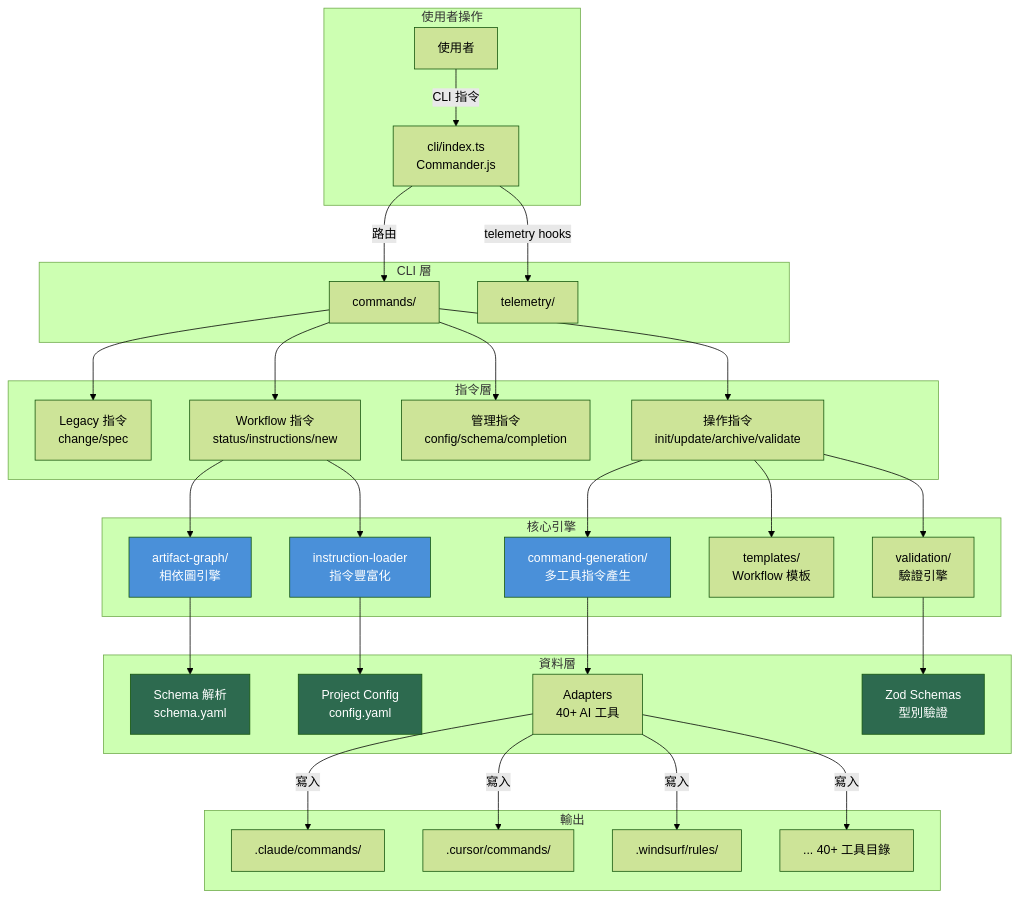
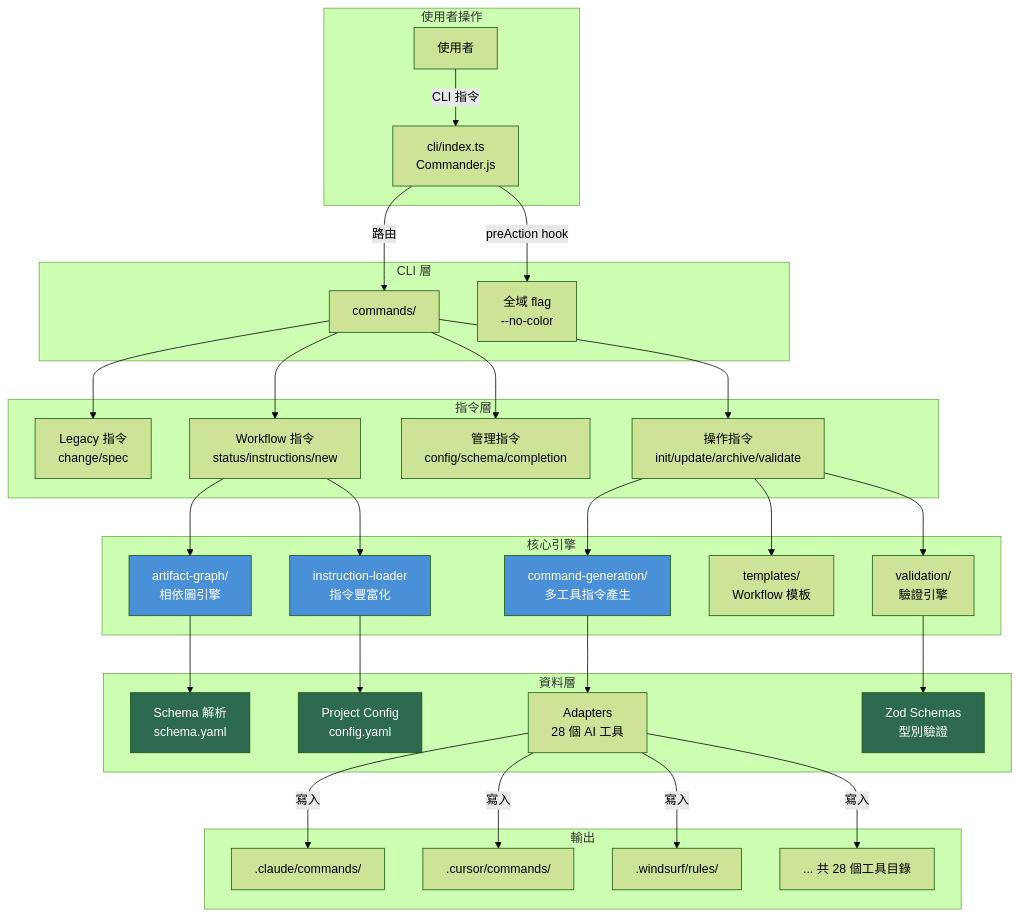
One commit to seanmars/OpenSpec changed the first of 12 diagrams in report.md. Above: the diagram before and after it, drawn with Mermaid (forest theme). The commit also changed other lines of this file and 1 other file, not shown here.

````diff
--- a/report.md
+++ b/report.md
@@ -257,47 +257,47 @@
 ```mermaid
 graph TB
     subgraph "使用者操作"
         U[使用者] -->|CLI 指令| CLI
     end
 
     subgraph "CLI 層"
         CLI[cli/index.ts<br/>Commander.js] -->|路由| CMD[commands/]
-        CLI -->|telemetry hooks| TEL[telemetry/]
+        CLI -->|preAction hook| FLAGS[全域 flag<br/>--no-color]
     end
 
     subgraph "指令層"
         CMD --> LEGACY[Legacy 指令<br/>change/spec]
         CMD --> WORKFLOW[Workflow 指令<br/>status/instructions/new]
         CMD --> MGMT[管理指令<br/>config/schema/completion]
         CMD --> OPS[操作指令<br/>init/update/archive/validate]
     end
 
     subgraph "核心引擎"
         WORKFLOW --> AG[artifact-graph/<br/>相依圖引擎]
         WORKFLOW --> IL[instruction-loader<br/>指令豐富化]
         OPS --> CG[command-generation/<br/>多工具指令產生]
         OPS --> TPL[templates/<br/>Workflow 模板]
         OPS --> VAL[validation/<br/>驗證引擎]
     end
 
     subgraph "資料層"
         AG --> SCH[Schema 解析<br/>schema.yaml]
         IL --> PC[Project Config<br/>config.yaml]
-        CG --> ADP[Adapters<br/>40+ AI 工具]
+        CG --> ADP[Adapters<br/>28 個 AI 工具]
         VAL --> ZOD[Zod Schemas<br/>型別驗證]
     end
 
     subgraph "輸出"
         ADP -->|寫入| OUT1[".claude/commands/"]
         ADP -->|寫入| OUT2[".cursor/commands/"]
         ADP -->|寫入| OUT3[".windsurf/rules/"]
-        ADP -->|寫入| OUT4["... 40+ 工具目錄"]
+        ADP -->|寫入| OUT4["... 共 28 個工具目錄"]
     end
 
     style AG fill:#4a90d9,color:#fff
     style CG fill:#4a90d9,color:#fff
     style IL fill:#4a90d9,color:#fff
     style SCH fill:#2d6a4f,color:#fff
     style PC fill:#2d6a4f,color:#fff
     style ZOD fill:#2d6a4f,color:#fff
 ```
````
